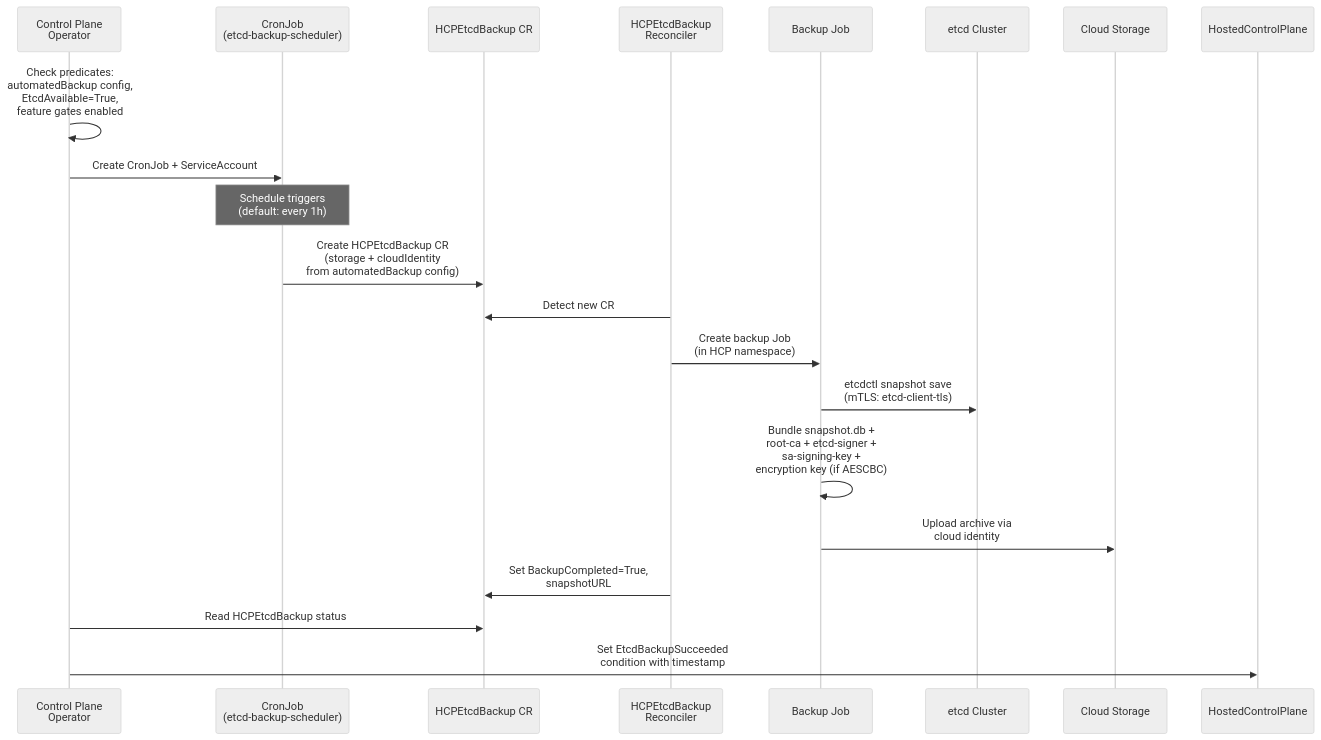
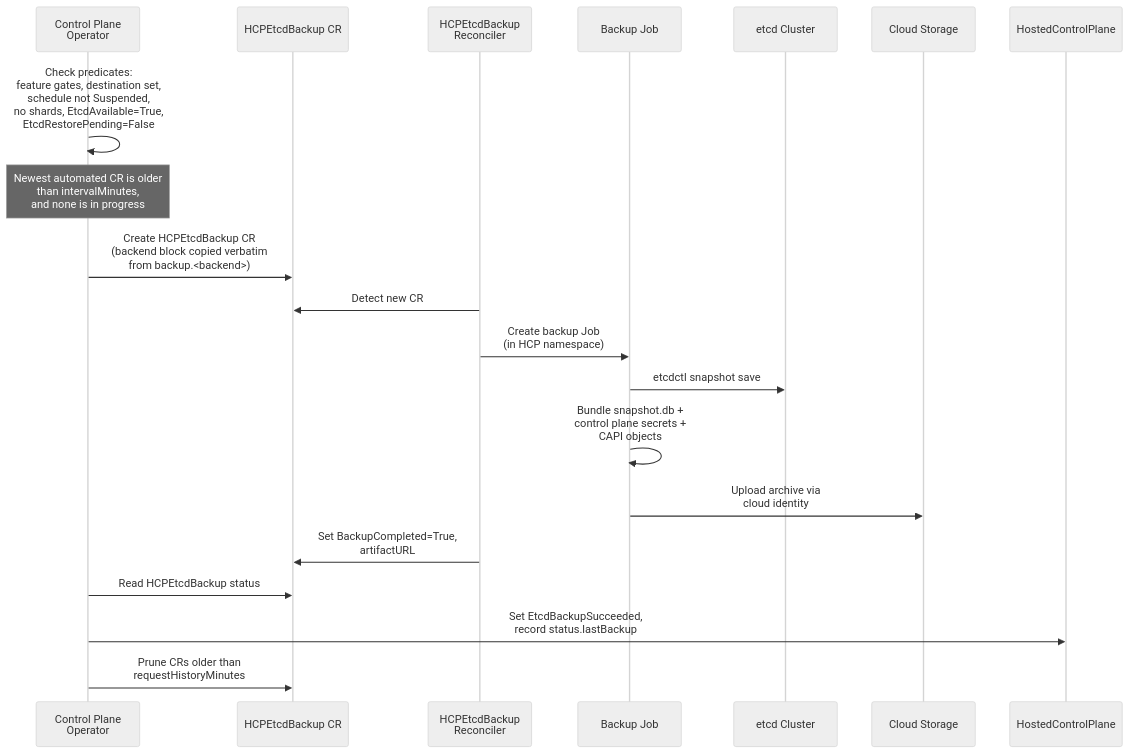
Before and after one commit to openshift/enhancements: the first of 2 diagrams in enhancements/hypershift/automated-etcd-backup-restore.md, drawn with Mermaid (neutral theme). The commit also changed other lines of this file, not shown here.

First line of the commit message:
Address review feedback: align with merged HCPEtcdBackup, drop CronJob and restore PVC

````diff
--- a/enhancements/hypershift/automated-etcd-backup-restore.md
+++ b/enhancements/hypershift/automated-etcd-backup-restore.md
@@ -93,27 +95,26 @@
 ```mermaid
 sequenceDiagram
     participant CPO as Control Plane<br/>Operator
-    participant CJ as CronJob<br/>(etcd-backup-scheduler)
     participant CR as HCPEtcdBackup CR
     participant Reconciler as HCPEtcdBackup<br/>Reconciler
     participant Job as Backup Job
     participant etcd as etcd Cluster
     participant Store as Cloud Storage
     participant HCP as HostedControlPlane
 
-    CPO->>CPO: Check predicates:<br/>automatedBackup config,<br/>EtcdAvailable=True,<br/>feature gates enabled
-    CPO->>CJ: Create CronJob + ServiceAccount
+    CPO->>CPO: Check predicates:<br/>feature gates, destination set,<br/>schedule not Suspended,<br/>no shards, EtcdAvailable=True,<br/>EtcdRestorePending=False
 
-    Note over CJ: Schedule triggers<br/>(default: every 1h)
+    Note over CPO: Newest automated CR is older<br/>than intervalMinutes,<br/>and none is in progress
 
-    CJ->>CR: Create HCPEtcdBackup CR<br/>(storage + cloudIdentity<br/>from automatedBackup config)
+    CPO->>CR: Create HCPEtcdBackup CR<br/>(backend block copied verbatim<br/>from backup.<backend>)
     Reconciler->>CR: Detect new CR
     Reconciler->>Job: Create backup Job<br/>(in HCP namespace)
-    Job->>etcd: etcdctl snapshot save<br/>(mTLS: etcd-client-tls)
-    Job->>Job: Bundle snapshot.db +<br/>root-ca + etcd-signer +<br/>sa-signing-key +<br/>encryption key (if AESCBC)
+    Job->>etcd: etcdctl snapshot save
+    Job->>Job: Bundle snapshot.db +<br/>control plane secrets +<br/>CAPI objects
     Job->>Store: Upload archive via<br/>cloud identity
 
-    Reconciler->>CR: Set BackupCompleted=True,<br/>snapshotURL
+    Reconciler->>CR: Set BackupCompleted=True,<br/>artifactURL
     CPO->>CR: Read HCPEtcdBackup status
-    CPO->>HCP: Set EtcdBackupSucceeded<br/>condition with timestamp
+    CPO->>HCP: Set EtcdBackupSucceeded,<br/>record status.lastBackup
+    CPO->>CR: Prune CRs older than<br/>requestHistoryMinutes
 ```
````
